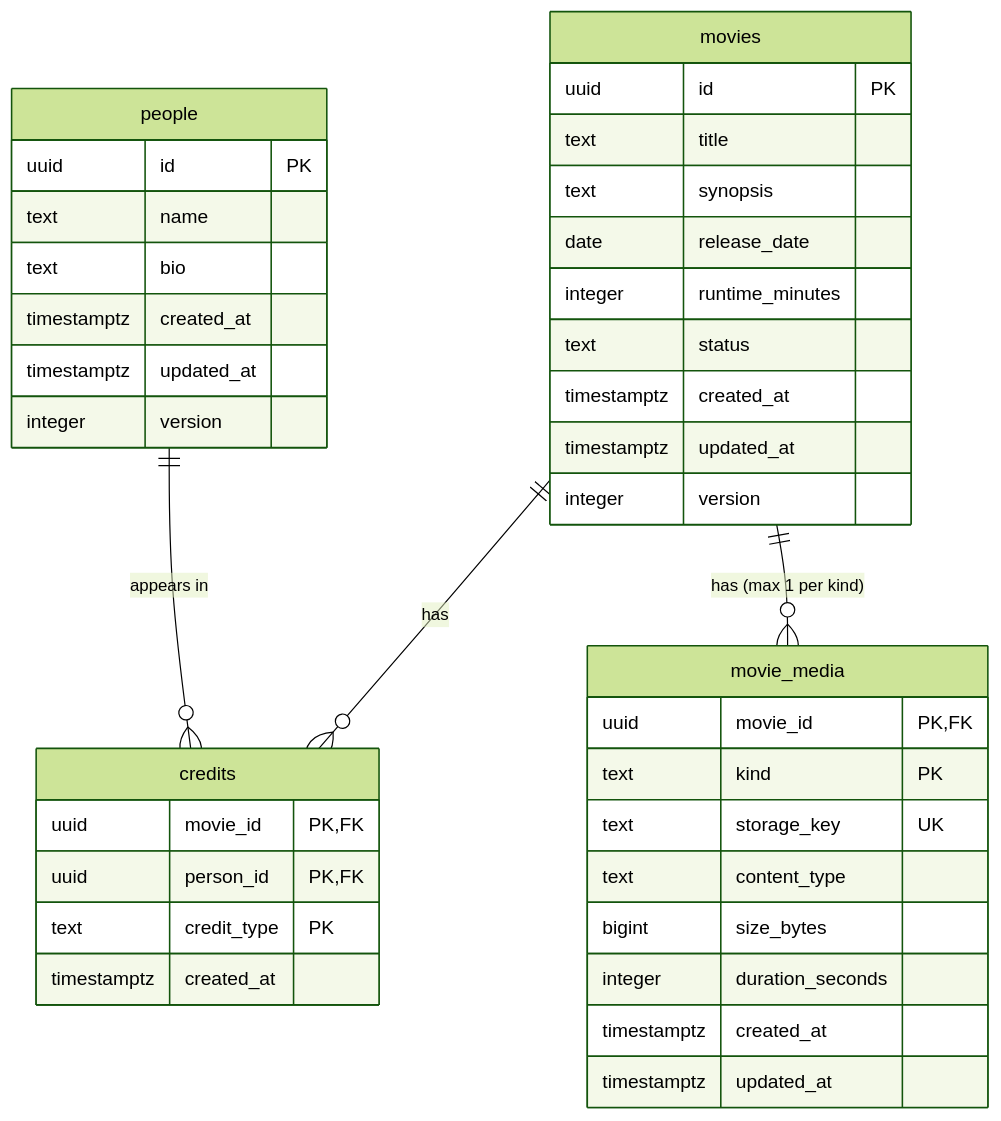
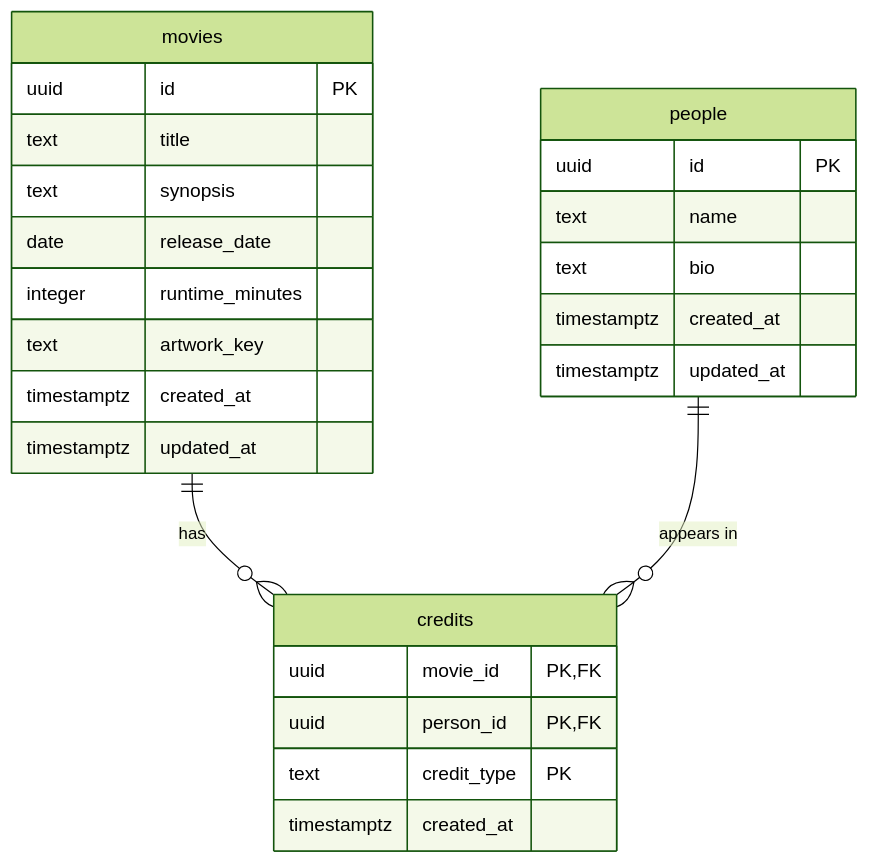
The diagram in docs/database-design.md (dancepop/svelte-kotlin-try), drawn with Mermaid (forest theme) before and after one commit. The commit also changed other lines of this file and 67 other files, not shown here.

````diff
--- a/docs/database-design.md
+++ b/docs/database-design.md
@@ -91,42 +84,29 @@
 ```mermaid
 erDiagram
   movies ||--o{ credits : "has"
   people ||--o{ credits : "appears in"
-  movies ||--o{ movie_media : "has (max 1 per kind)"
 
   movies {
     uuid id PK
     text title
     text synopsis
     date release_date
     integer runtime_minutes
-    text status
+    text artwork_key
     timestamptz created_at
     timestamptz updated_at
-    integer version
   }
   people {
     uuid id PK
     text name
     text bio
     timestamptz created_at
     timestamptz updated_at
-    integer version
   }
   credits {
     uuid movie_id PK,FK
     uuid person_id PK,FK
     text credit_type PK
     timestamptz created_at
   }
-  movie_media {
-    uuid movie_id PK,FK
-    text kind PK
-    text storage_key UK
-    text content_type
-    bigint size_bytes
-    integer duration_seconds
-    timestamptz created_at
-    timestamptz updated_at
-  }
 ```
````
